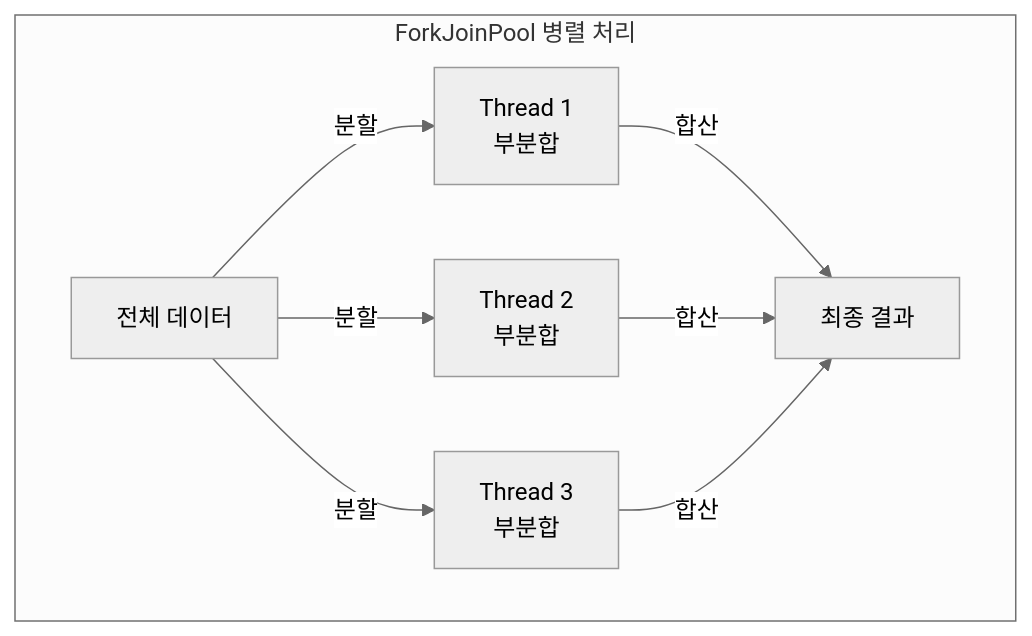
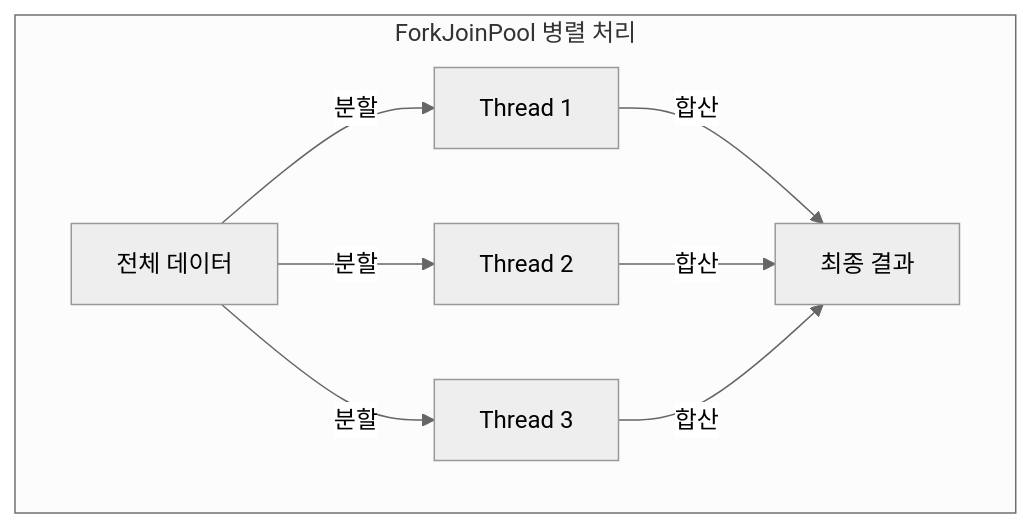
The fourth of 4 diagrams in _posts/java/2026-05-01-java-stream.md (yjkim2015/yjkim2015.github.io), drawn with Mermaid (neutral theme) before and after one commit. The commit also changed other lines of this file and 217 other files, not shown here.

First line of the commit message:
Mermaid 크기 수정: useMaxWidth:true + SVG max-width:100% + 라벨 축소

````diff
--- a/_posts/java/2026-05-01-java-stream.md
+++ b/_posts/java/2026-05-01-java-stream.md
@@ -707,7 +707,7 @@
 ```mermaid
 graph TD
   subgraph "ForkJoinPool 병렬 처리"
-    DATA["전체 데이터"] -->|분할| T1["Thread 1\n부분합"] & T2["Thread 2\n부분합"] & T3["Thread 3\n부분합"]
+    DATA["전체 데이터"] -->|분할| T1["Thread 1"] & T2["Thread 2"] & T3["Thread 3"]
     T1 & T2 & T3 -->|합산| FINAL["최종 결과"]
   end
 ```
````
